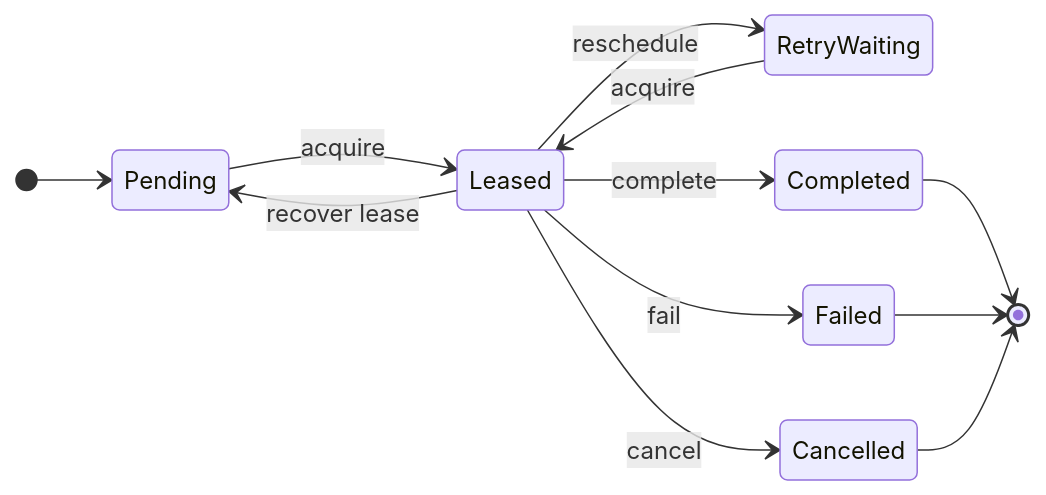
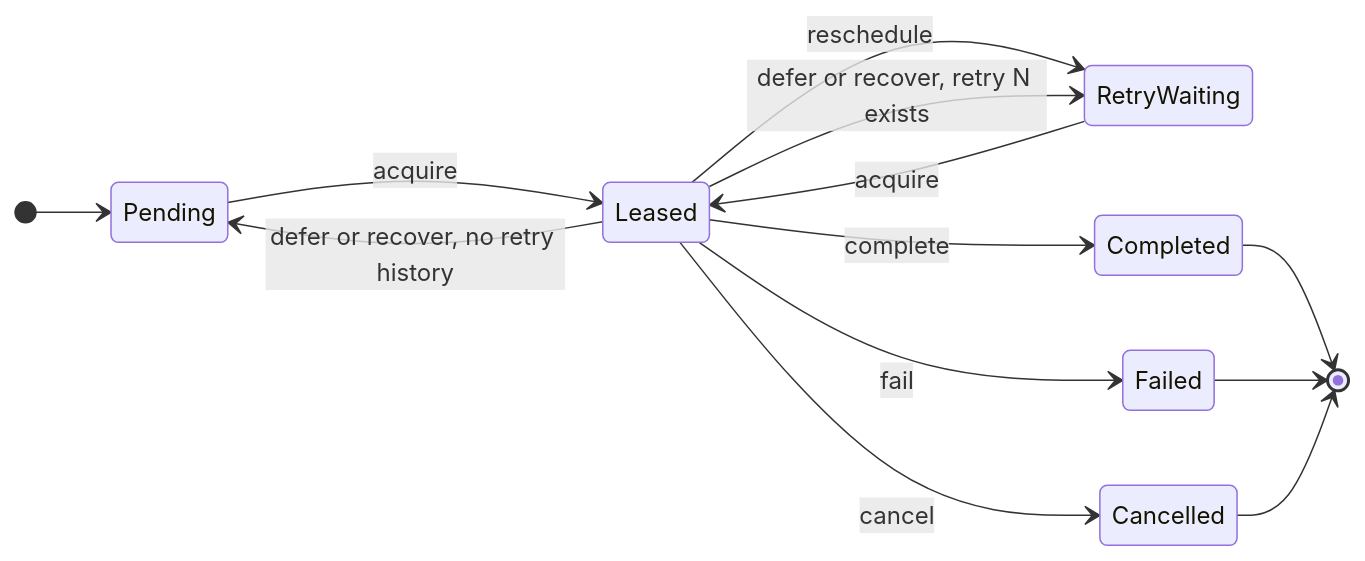
One commit to dataloom-sdk/dataloom changed the second of 2 diagrams in docs/architecture/queue-boundaries.md. Above: the diagram before and after it, drawn with Mermaid. The commit also changed other lines of this file and 51 other files, not shown here.

First line of the commit message:
[skip ci] fix(queue): preserve retry history across deferral and recovery (#107)

````diff
--- a/docs/architecture/queue-boundaries.md
+++ b/docs/architecture/queue-boundaries.md
@@ -64,15 +64,16 @@
 ```mermaid
 stateDiagram-v2
     direction LR
     [*] --> Pending
     Pending --> Leased: acquire
     RetryWaiting --> Leased: acquire
     Leased --> Completed: complete
     Leased --> RetryWaiting: reschedule
+    Leased --> Pending: defer or recover, no retry history
+    Leased --> RetryWaiting: defer or recover, retry N exists
     Leased --> Failed: fail
     Leased --> Cancelled: cancel
-    Leased --> Pending: recover lease
     Completed --> [*]
     Failed --> [*]
     Cancelled --> [*]
 ```
````
